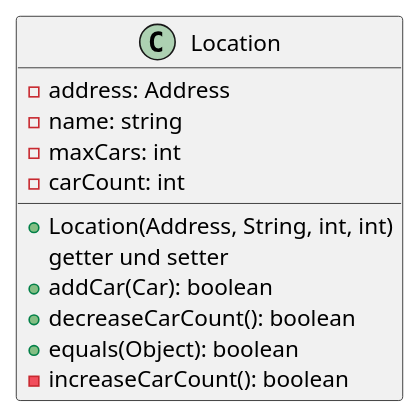
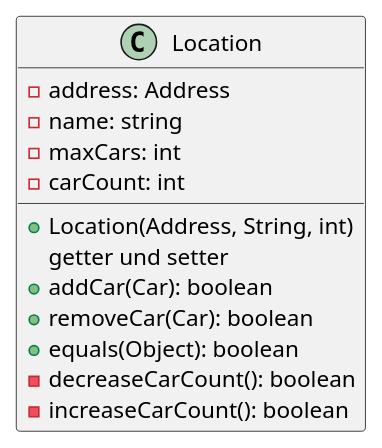
Before and after one commit to fh-erfurt/1234Altwagen: the diagram in readmeFiles/Location.iuml, drawn with PlantUML. The commit also changed 7 other files, not shown here.

Commit message:
fixed UML Diagrams

```diff
--- a/readmeFiles/Location.iuml
+++ b/readmeFiles/Location.iuml
@@ -1,14 +1,15 @@
 @startuml
 class Location {
     -address: Address
     -name: string
     -maxCars: int
     -carCount: int
-    +Location(Address, String, int, int)
+    +Location(Address, String, int)
     {method} getter und setter
     +addCar(Car): boolean
-    +decreaseCarCount(): boolean
+    +removeCar(Car): boolean
     +equals(Object): boolean
+    -decreaseCarCount(): boolean
     -increaseCarCount(): boolean
 }
 @enduml
```
